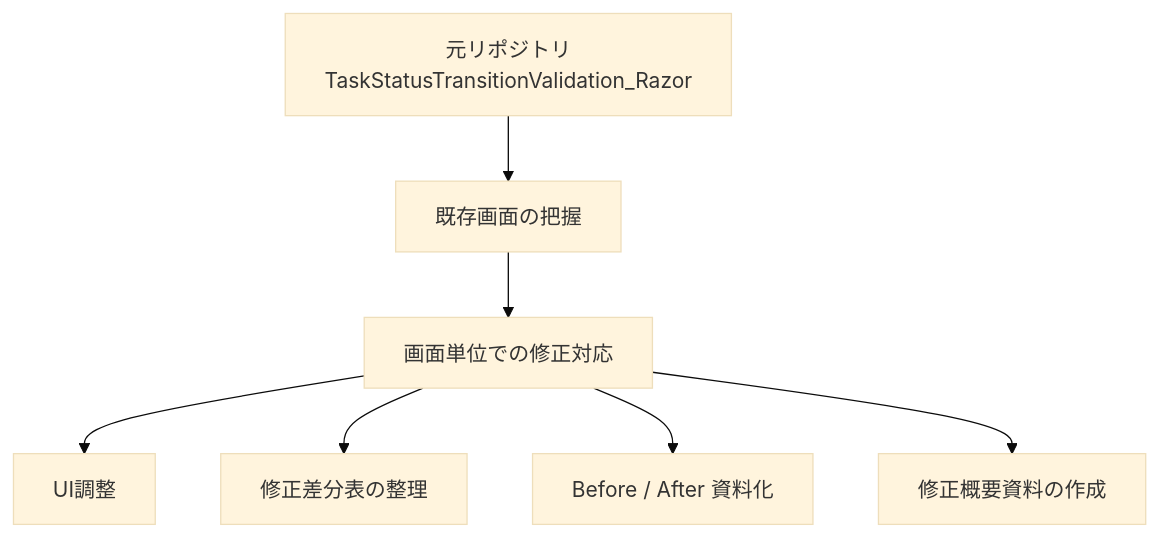
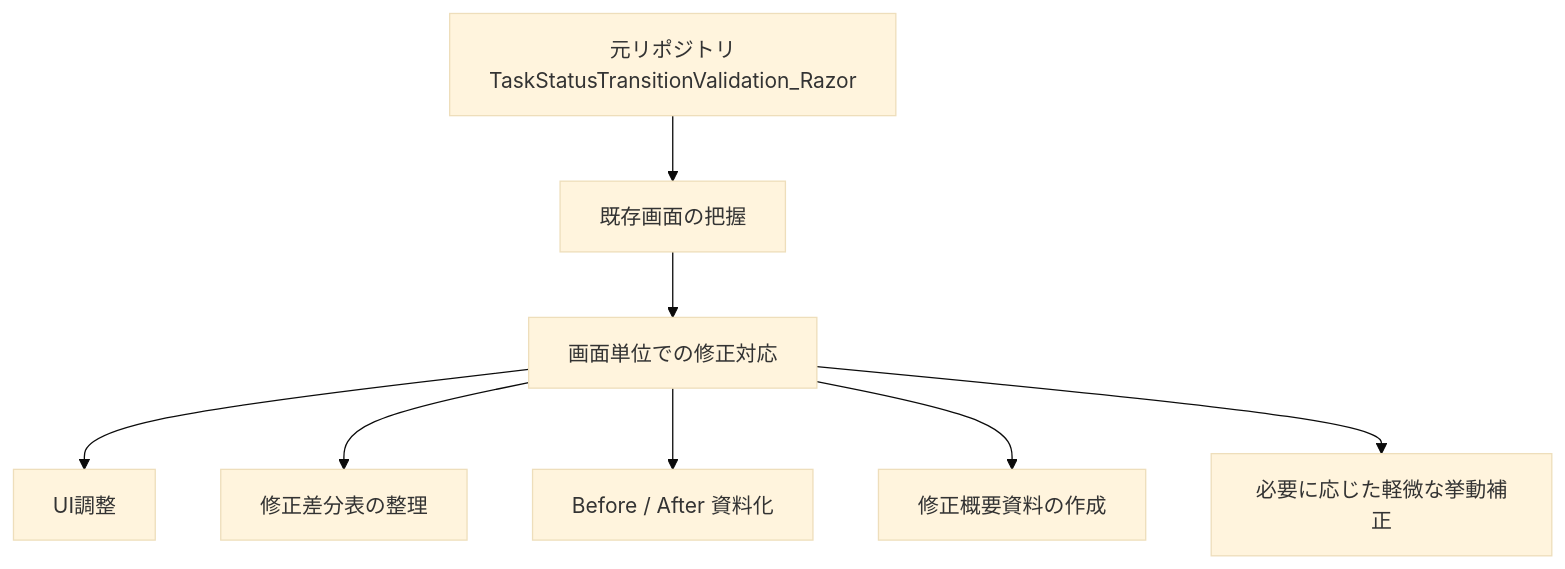
The diagram in README.md (fewioaghwrao/TaskStatusTransitionValidation-RazorPages), drawn with Mermaid (base theme) before and after one commit. The commit also changed other lines of this file and 4 other files, not shown here.

````diff
--- a/README.md
+++ b/README.md
@@ -32,9 +33,10 @@
 ```mermaid
 flowchart TD
     A[元リポジトリ<br/>TaskStatusTransitionValidation_Razor] --> B[既存画面の把握]
     B --> C[画面単位での修正対応]
     C --> D[UI調整]
     C --> E[修正差分表の整理]
     C --> F[Before / After 資料化]
     C --> G[修正概要資料の作成]
+    C --> H[必要に応じた軽微な挙動補正]
 ```
````
